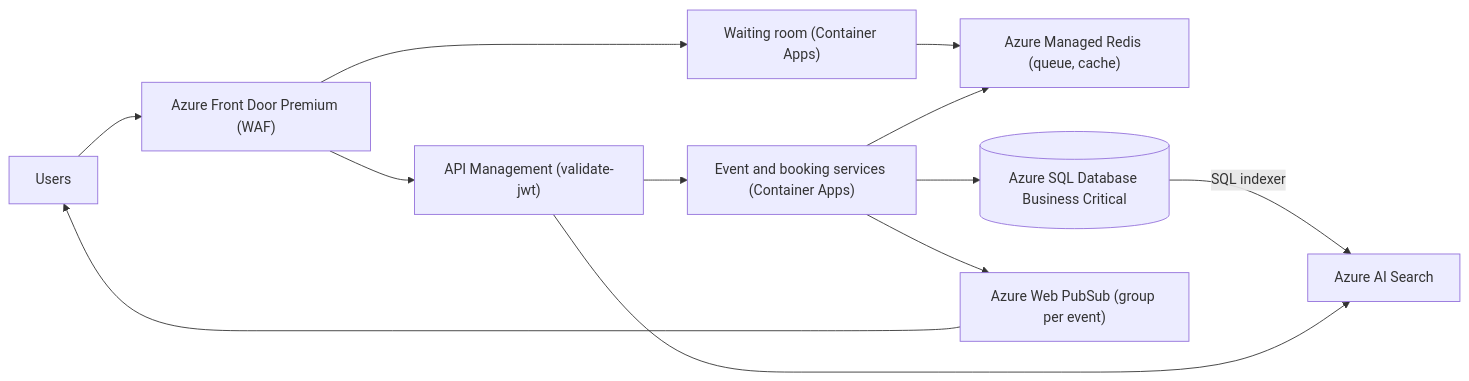
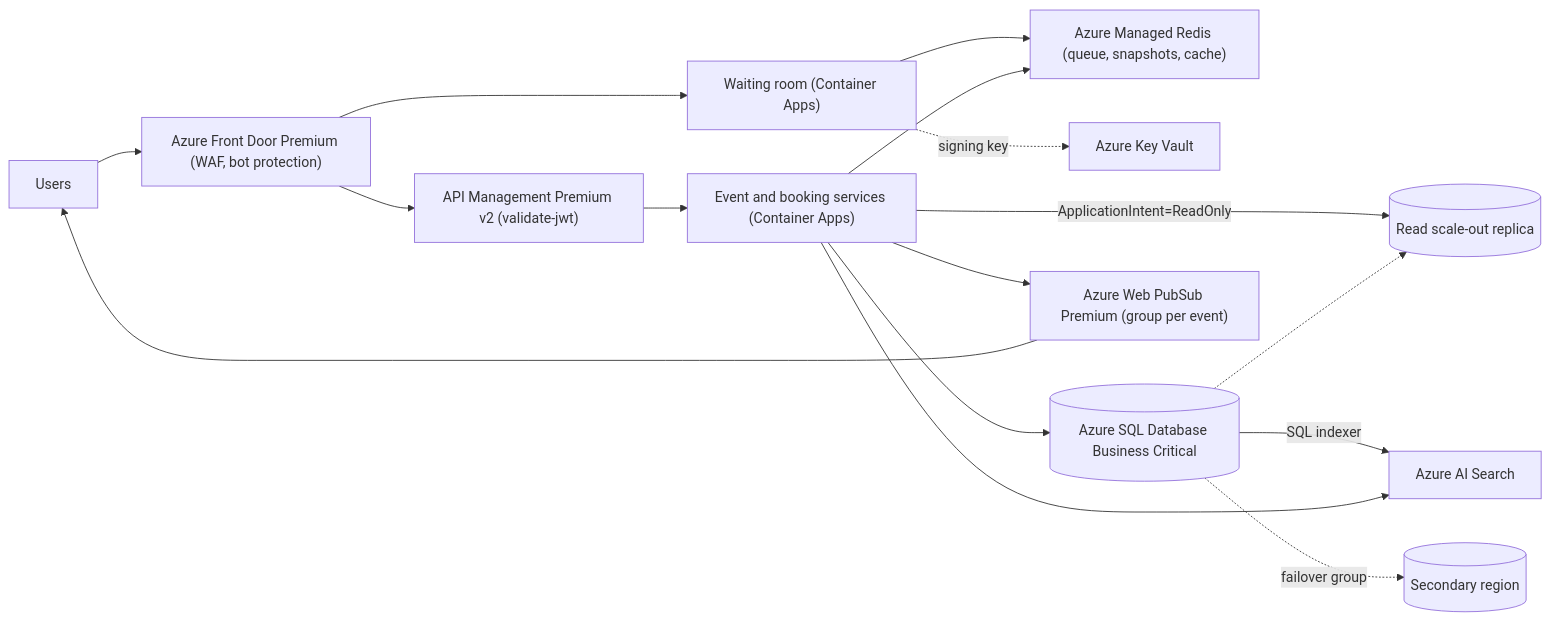
One commit to spabolu/system-design-modern changed diagram 12 of 12 in docs/06-case-studies/ticket-booking.md. Above: the diagram before and after it, drawn with Mermaid. The commit also changed other lines of this file, not shown here.

````diff
--- a/docs/06-case-studies/ticket-booking.md
+++ b/docs/06-case-studies/ticket-booking.md
@@ -154,14 +444,18 @@
 ```mermaid
 flowchart LR
-  U[Users] --> FD["Azure Front Door Premium (WAF)"]
+  U[Users] --> FD["Azure Front Door Premium (WAF, bot protection)"]
   FD --> WR["Waiting room (Container Apps)"]
-  WR --> AMR["Azure Managed Redis (queue, cache)"]
-  FD --> APIM["API Management (validate-jwt)"]
+  WR --> AMR["Azure Managed Redis (queue, snapshots, cache)"]
+  WR -.->|"signing key"| KV[Azure Key Vault]
+  FD --> APIM["API Management Premium v2 (validate-jwt)"]
   APIM --> SVC["Event and booking services (Container Apps)"]
   SVC --> SQL[("Azure SQL Database Business Critical")]
+  SVC -->|"ApplicationIntent=ReadOnly"| RO[("Read scale-out replica")]
+  SQL -.-> RO
   SVC --> AMR
   SQL -->|"SQL indexer"| AIS[Azure AI Search]
-  APIM --> AIS
-  SVC --> WPS["Azure Web PubSub (group per event)"]
+  SVC --> AIS
+  SVC --> WPS["Azure Web PubSub Premium (group per event)"]
   WPS --> U
+  SQL -.->|"failover group"| SQL2[("Secondary region")]
 ```
````
